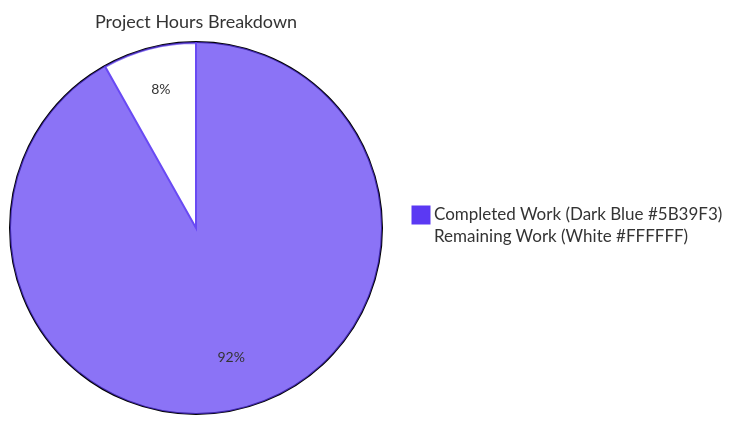
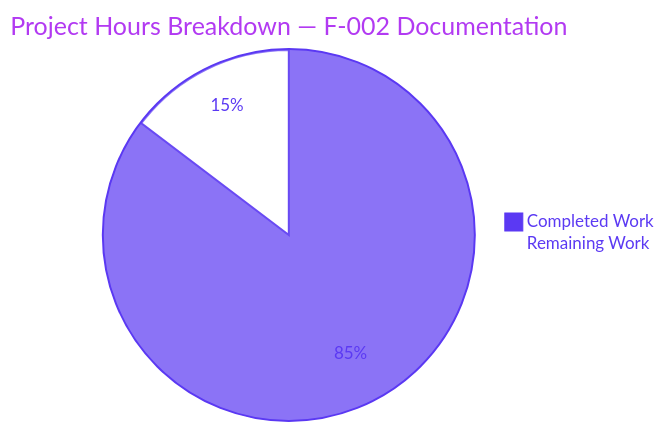
One commit to jrubin-blitzy/Sales-Connections changed the second of 5 diagrams in blitzy/documentation/Project Guide.md. Above: the diagram before and after it, drawn with Mermaid. The commit also changed other lines of this file, not shown here.

Commit message:
Adding Blitzy Project Guide: Project Status and Human Tasks Remaining

````diff
--- a/blitzy/documentation/Project Guide.md
+++ b/blitzy/documentation/Project Guide.md
@@ -256,6 +273,6 @@
 ```mermaid
-%%{init: {"theme":"base","themeVariables":{"pie1":"#5B39F3","pie2":"#FFFFFF","pieStrokeColor":"#5B39F3","pieOuterStrokeWidth":"2px","pieTitleTextSize":"18px","pieSectionTextSize":"14px"}}}%%
-pie title Project Hours Breakdown
-    "Completed Work (Dark Blue #5B39F3)" : 810
-    "Remaining Work (White #FFFFFF)" : 72
+%%{init: {'theme':'base','themeVariables':{'pie1':'#5B39F3','pie2':'#FFFFFF','pieStrokeColor':'#5B39F3','pieOuterStrokeColor':'#5B39F3','pieTitleTextColor':'#B23AF2','pieSectionTextColor':'#5B39F3','pieLegendTextColor':'#5B39F3'}}}%%
+pie title Project Hours Breakdown — F-002 Documentation
+    "Completed Work" : 93
+    "Remaining Work" : 16
 ```
````
